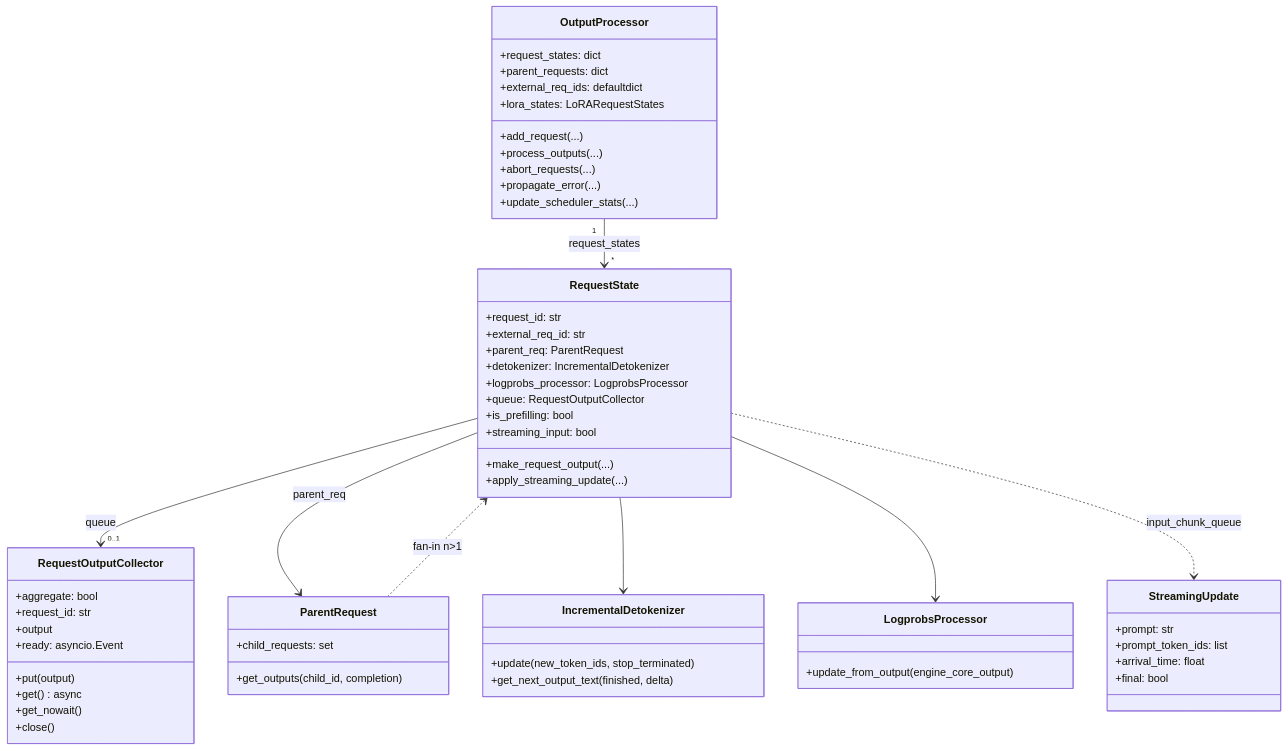
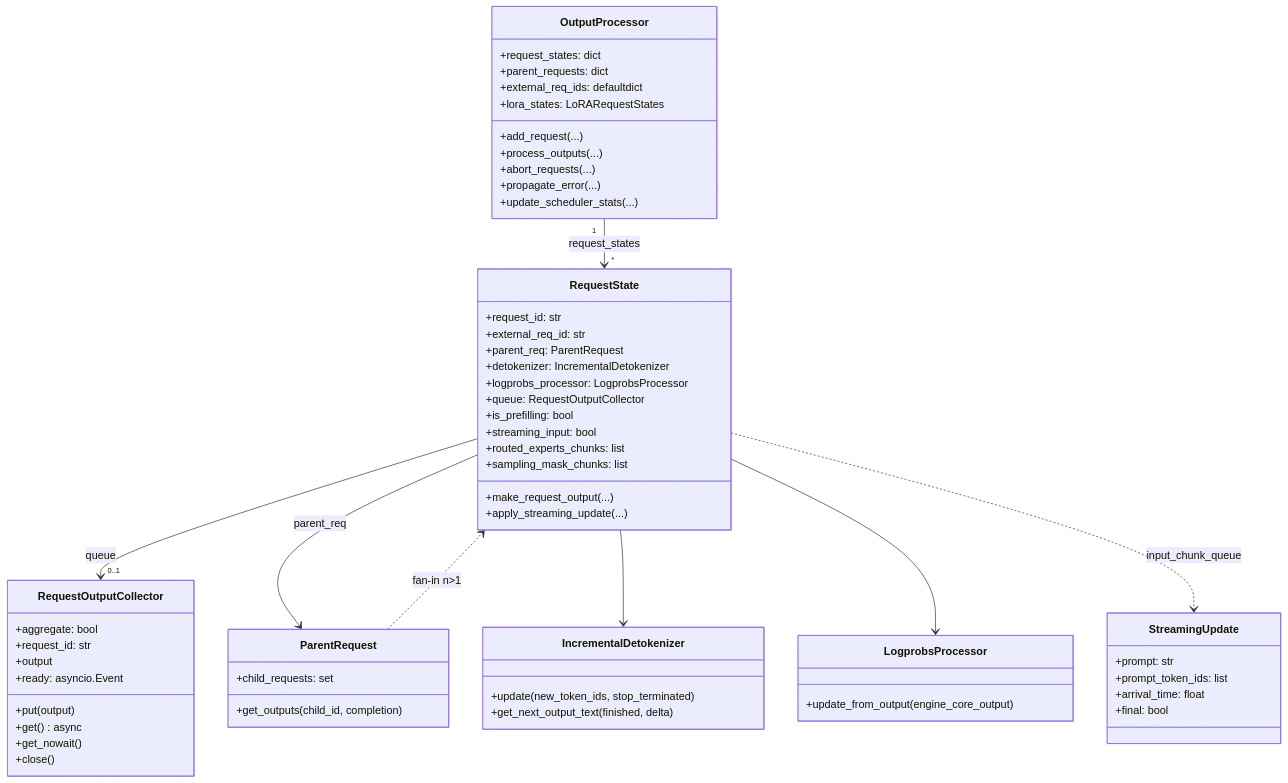
The first of 2 diagrams in vllm/entities/OutputProcessor.md (learning-sketch/wiki), drawn with Mermaid before and after one commit. The commit also changed other lines of this file, not shown here.

````diff
--- a/vllm/entities/OutputProcessor.md
+++ b/vllm/entities/OutputProcessor.md
@@ -37,60 +37,62 @@
 ```mermaid
 classDiagram
     class RequestOutputCollector {
         +aggregate: bool
         +request_id: str
         +output
         +ready: asyncio.Event
         +put(output)
         +get() async
         +get_nowait()
         +close()
     }
     class StreamingUpdate {
         +prompt: str
         +prompt_token_ids: list
         +arrival_time: float
         +final: bool
     }
     class RequestState {
         +request_id: str
         +external_req_id: str
         +parent_req: ParentRequest
         +detokenizer: IncrementalDetokenizer
         +logprobs_processor: LogprobsProcessor
         +queue: RequestOutputCollector
         +is_prefilling: bool
         +streaming_input: bool
+        +routed_experts_chunks: list
+        +sampling_mask_chunks: list
         +make_request_output(...)
         +apply_streaming_update(...)
     }
     class OutputProcessor {
         +request_states: dict
         +parent_requests: dict
         +external_req_ids: defaultdict
         +lora_states: LoRARequestStates
         +add_request(...)
         +process_outputs(...)
         +abort_requests(...)
         +propagate_error(...)
         +update_scheduler_stats(...)
     }
     class ParentRequest {
         +child_requests: set
         +get_outputs(child_id, completion)
     }
     class IncrementalDetokenizer {
         +update(new_token_ids, stop_terminated)
         +get_next_output_text(finished, delta)
     }
     class LogprobsProcessor {
         +update_from_output(engine_core_output)
     }
     OutputProcessor "1" --> "*" RequestState : request_states
     RequestState --> "0..1" RequestOutputCollector : queue
     RequestState --> ParentRequest : parent_req
     RequestState --> IncrementalDetokenizer
     RequestState --> LogprobsProcessor
     RequestState ..> StreamingUpdate : input_chunk_queue
     ParentRequest ..> RequestState : fan-in n>1
 ```
````
